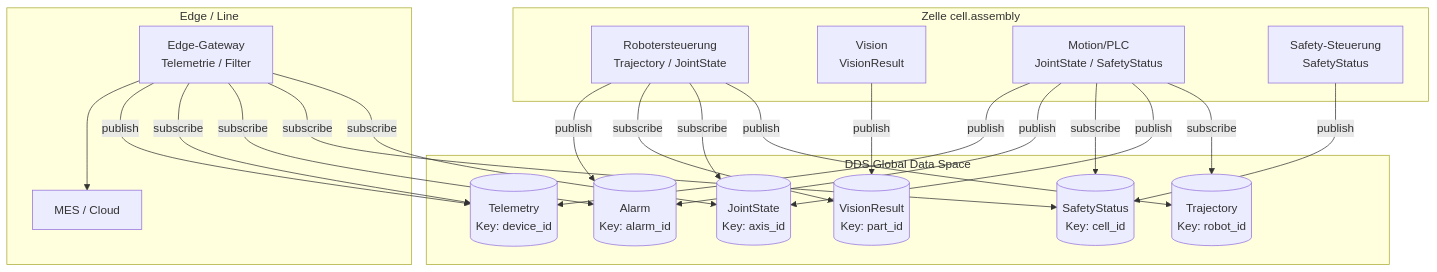
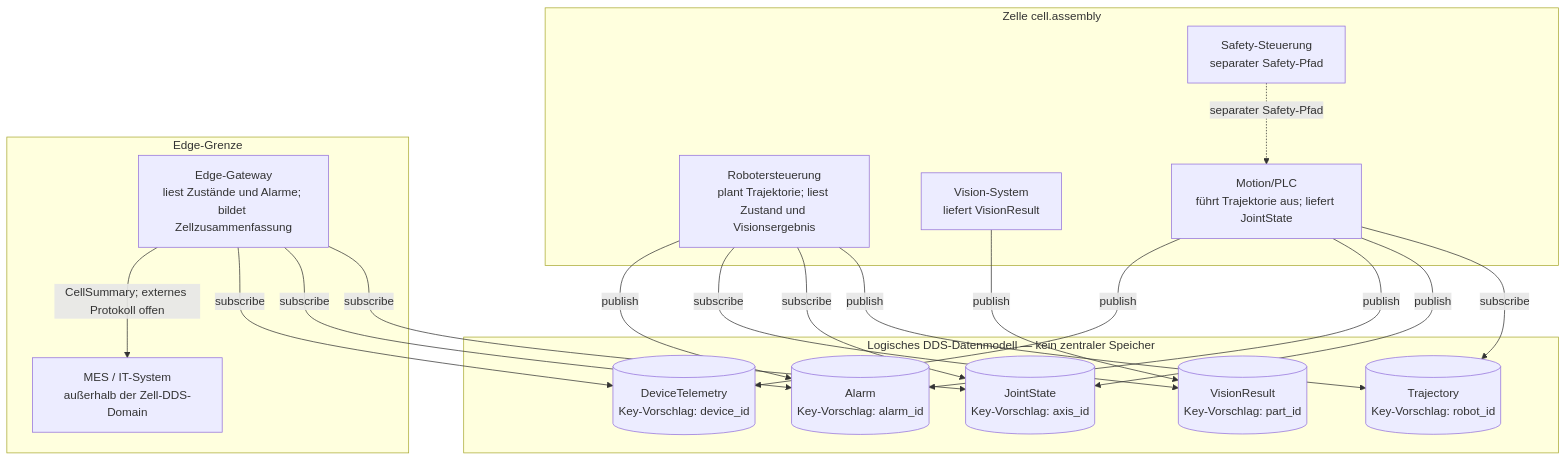
The first of 5 diagrams in 03_architektur/Variante_B_Assembly_Zelle_Architektur_v0.1.md (CurrentCrafter/Praktikum_DDS), drawn with Mermaid before and after one commit. The commit also changed other lines of this file and 9 other files, not shown here.

````diff
--- a/03_architektur/Variante_B_Assembly_Zelle_Architektur_v0.1.md
+++ b/03_architektur/Variante_B_Assembly_Zelle_Architektur_v0.1.md
@@ -23,46 +26,42 @@
 ```mermaid
 flowchart TB
     subgraph CELL["Zelle cell.assembly"]
-        RC["Robotersteuerung<br/>Trajectory / JointState"]
-        VIS["Vision<br/>VisionResult"]
-        MOT["Motion/PLC<br/>JointState / SafetyStatus"]
-        SAF["Safety-Steuerung<br/>SafetyStatus"]
+        RC["Robotersteuerung<br/>plant Trajektorie; liest Zustand und Visionsergebnis"]
+        VIS["Vision-System<br/>liefert VisionResult"]
+        MOT["Motion/PLC<br/>führt Trajektorie aus; liefert JointState"]
+        SAF["Safety-Steuerung<br/>separater Safety-Pfad"]
     end
 
-    subgraph EDGE["Edge / Line"]
-        EG["Edge-Gateway<br/>Telemetrie / Filter"]
-        MES["MES / Cloud"]
+    subgraph EDGE["Edge-Grenze"]
+        EG["Edge-Gateway<br/>liest Zustände und Alarme; bildet Zellzusammenfassung"]
+        MES["MES / IT-System<br/>außerhalb der Zell-DDS-Domain"]
     end
 
-    subgraph DDS["DDS Global Data Space"]
-        TJ[("JointState<br/>Key: axis_id")]
-        TT[("Trajectory<br/>Key: robot_id")]
-        TV[("VisionResult<br/>Key: part_id")]
-        TS[("SafetyStatus<br/>Key: cell_id")]
-        TA[("Alarm<br/>Key: alarm_id")]
-        TM[("Telemetry<br/>Key: device_id")]
+    subgraph DDS["Logisches DDS-Datenmodell — kein zentraler Speicher"]
+        TJ[("JointState<br/>Key-Vorschlag: axis_id")]
+        TT[("Trajectory<br/>Key-Vorschlag: robot_id")]
+        TV[("VisionResult<br/>Key-Vorschlag: part_id")]
+        TA[("Alarm<br/>Key-Vorschlag: alarm_id")]
+        TM[("DeviceTelemetry<br/>Key-Vorschlag: device_id")]
     end
 
     RC -->|publish| TT
     MOT -->|subscribe| TT
 
     MOT -->|publish| TJ
     RC -->|subscribe| TJ
     EG -->|subscribe| TJ
 
     VIS -->|publish| TV
     RC -->|subscribe| TV
 
-    SAF -->|publish| TS
-    MOT -->|subscribe| TS
-    EG -->|subscribe| TS
-
     RC -->|publish| TA
     MOT -->|publish| TA
     EG -->|subscribe| TA
 
     MOT -->|publish| TM
     EG -->|subscribe| TM
-    EG -->|publish| TM
-    EG --> MES
+    EG -->|CellSummary; externes Protokoll offen| MES
+
+    SAF -.->|separater Safety-Pfad| MOT
 ```
````
